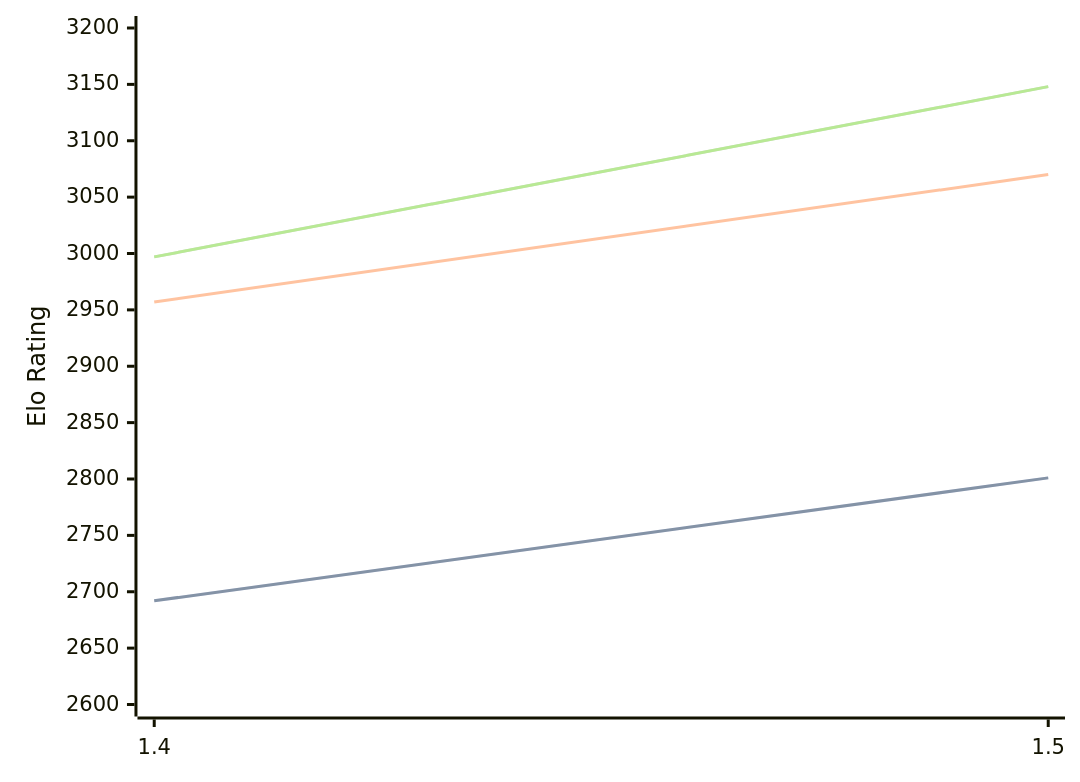
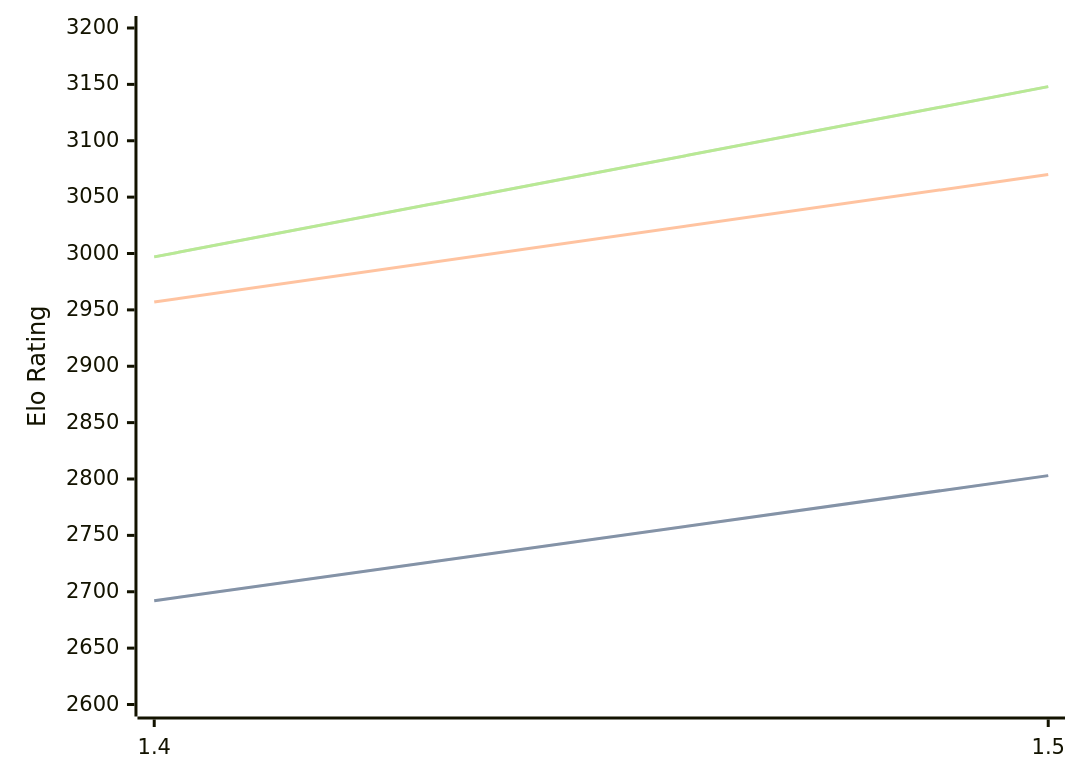
One commit to computer-chess-index/cci changed the diagram in engines/Yakka.md. Above: the diagram before and after it, drawn with Mermaid. The commit also changed other lines of this file, not shown here.

Commit message:
Update CCI Ratings (ELO VLTC) - 2026-04-25

````diff
--- a/engines/Yakka.md
+++ b/engines/Yakka.md
@@ -36,11 +36,11 @@
 ```mermaid
 %%{init: {"theme":"base","themeVariables":{"seriesColors:['#a3a3a3','#222221','#faa371']}}}%%
 xychart-beta
   x-axis ["1.4", "1.5"]
   y-axis "Elo Rating" 2600 --> 3200
-  line "STC (8.0+0.08s)" [2692, 2801]
-  line "STC (8.0+0.08s)" [2692, 2801]
+  line "STC (8.0+0.08s)" [2692, 2803]
+  line "STC (8.0+0.08s)" [2692, 2803]
   line "LTC (60.0+0.60s)" [2957, 3070]
   line "VLTC (2m24s+1.12s)" [2997, 3148]
   line "VLTC (2m24s+1.12s)" [2997, 3148]
 ```
````
